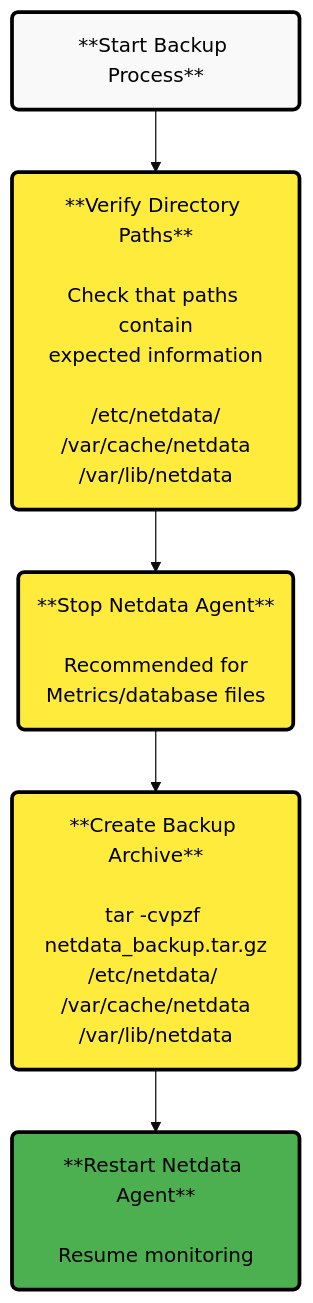
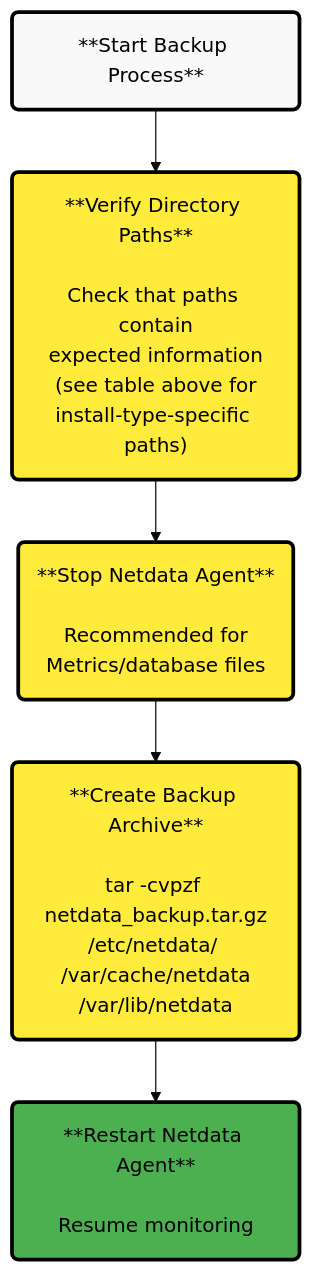
The diagram in docs/netdata-agent/backup-and-restore-an-agent.md (netdata/netdata), drawn with Mermaid (base theme) before and after one commit. The commit also changed other lines of this file, not shown here.

````diff
--- a/docs/netdata-agent/backup-and-restore-an-agent.md
+++ b/docs/netdata-agent/backup-and-restore-an-agent.md
@@ -38,27 +44,27 @@
 ```mermaid
 graph TB
     Start("**Start Backup Process**")
     
-    Verify("**Verify Directory Paths**<br/><br/>Check that paths contain<br/>expected information<br/><br/>/etc/netdata/<br/>/var/cache/netdata<br/>/var/lib/netdata")
+    Verify("**Verify Directory Paths**<br/><br/>Check that paths contain<br/>expected information<br/>(see table above for<br/>install-type-specific paths)")
     
     Stop("**Stop Netdata Agent**<br/><br/>Recommended for<br/>Metrics/database files")
     
     Backup("**Create Backup Archive**<br/><br/>tar -cvpzf netdata_backup.tar.gz<br/>/etc/netdata/ /var/cache/netdata<br/>/var/lib/netdata")
     
     Restart("**Restart Netdata Agent**<br/><br/>Resume monitoring")
     
     Start --> Verify
     Verify --> Stop
     Stop --> Backup
     Backup --> Restart
     
     %% Style definitions
     classDef startEnd fill:#f9f9f9,stroke:#000000,stroke-width:3px,color:#000000,font-size:16px
     classDef process fill:#ffeb3b,stroke:#000000,stroke-width:3px,color:#000000,font-size:16px
     classDef complete fill:#4caf50,stroke:#000000,stroke-width:3px,color:#000000,font-size:16px
     
     %% Apply styles
     class Start startEnd
     class Verify,Stop,Backup process
     class Restart complete
 ```
````
